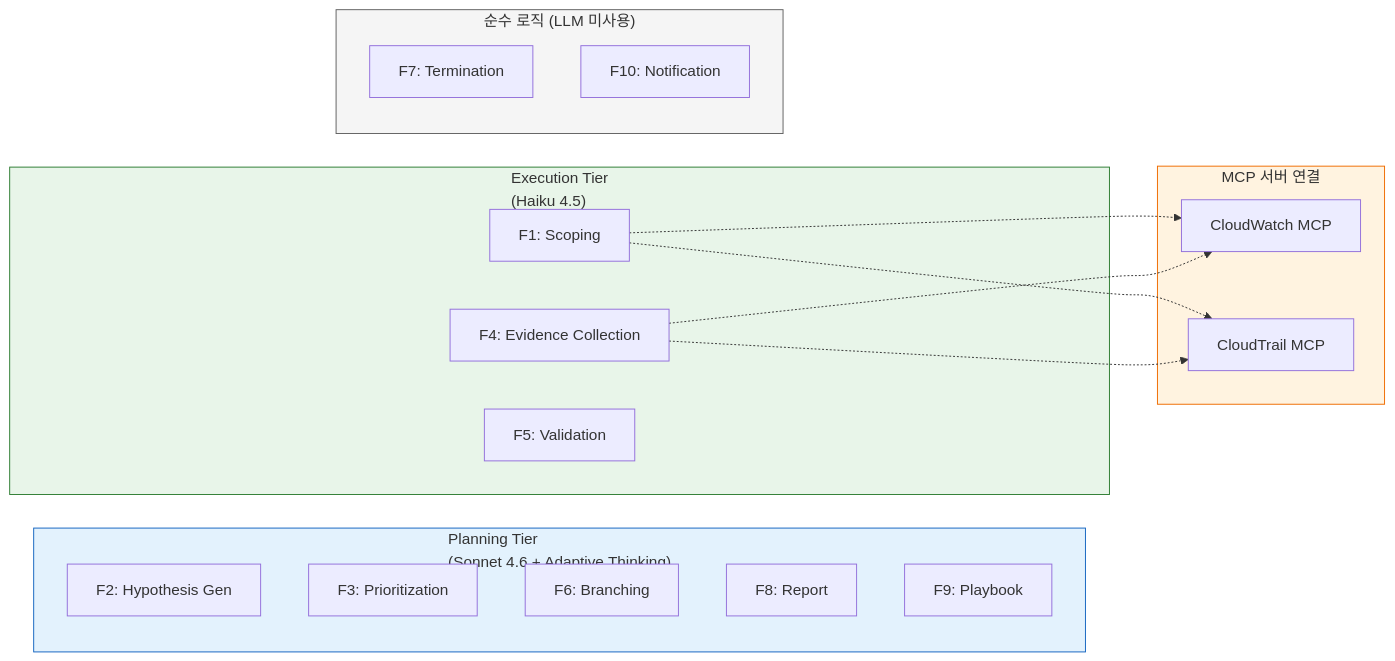
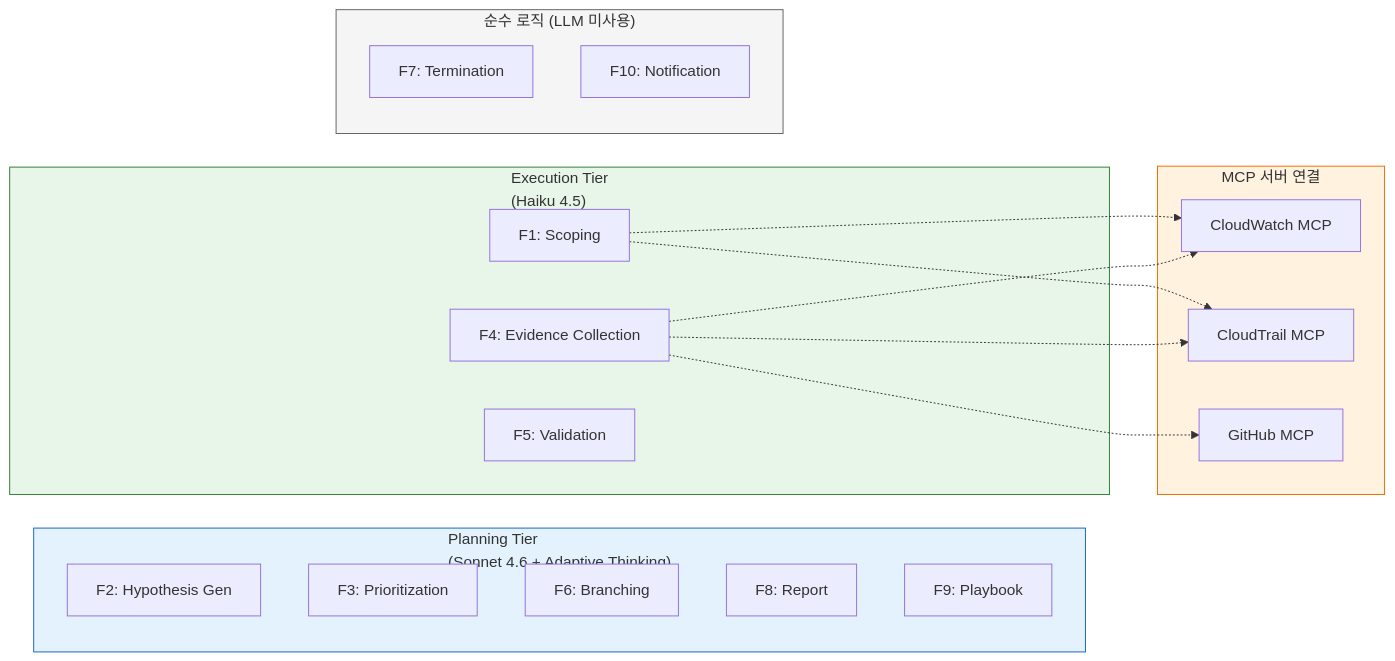
The fourth of 4 diagrams in docs/architecture-and-demo-flow.md (haandol/rca-agent), drawn with Mermaid before and after one commit. The commit also changed other lines of this file and 1 other file, not shown here.

Commit message:
docs: update architecture diagrams to include GitHub MCP server

````diff
--- a/docs/architecture-and-demo-flow.md
+++ b/docs/architecture-and-demo-flow.md
@@ -317,36 +325,38 @@
 ```mermaid
 flowchart LR
     subgraph Planning["Planning Tier<br/>(Sonnet 4.6 + Adaptive Thinking)"]
         HYP["F2: Hypothesis Gen"]
         PRIO["F3: Prioritization"]
         BRANCH["F6: Branching"]
         REPORT["F8: Report"]
         PLAYBOOK["F9: Playbook"]
     end
 
     subgraph Execution["Execution Tier<br/>(Haiku 4.5)"]
         SCOPING["F1: Scoping"]
         EVIDENCE["F4: Evidence Collection"]
         VALIDATION["F5: Validation"]
     end
 
     subgraph NoLLM["순수 로직 (LLM 미사용)"]
         TERM["F7: Termination"]
         NOTIF["F10: Notification"]
     end
 
     subgraph MCP["MCP 서버 연결"]
         CW["CloudWatch MCP"]
         CT["CloudTrail MCP"]
+        GH["GitHub MCP"]
     end
 
     SCOPING -.-> CW
     SCOPING -.-> CT
     EVIDENCE -.-> CW
     EVIDENCE -.-> CT
+    EVIDENCE -.-> GH
 
     style Planning fill:#e3f2fd,stroke:#1565c0
     style Execution fill:#e8f5e9,stroke:#2e7d32
     style NoLLM fill:#f5f5f5,stroke:#616161
     style MCP fill:#fff3e0,stroke:#ef6c00
 ```
````
